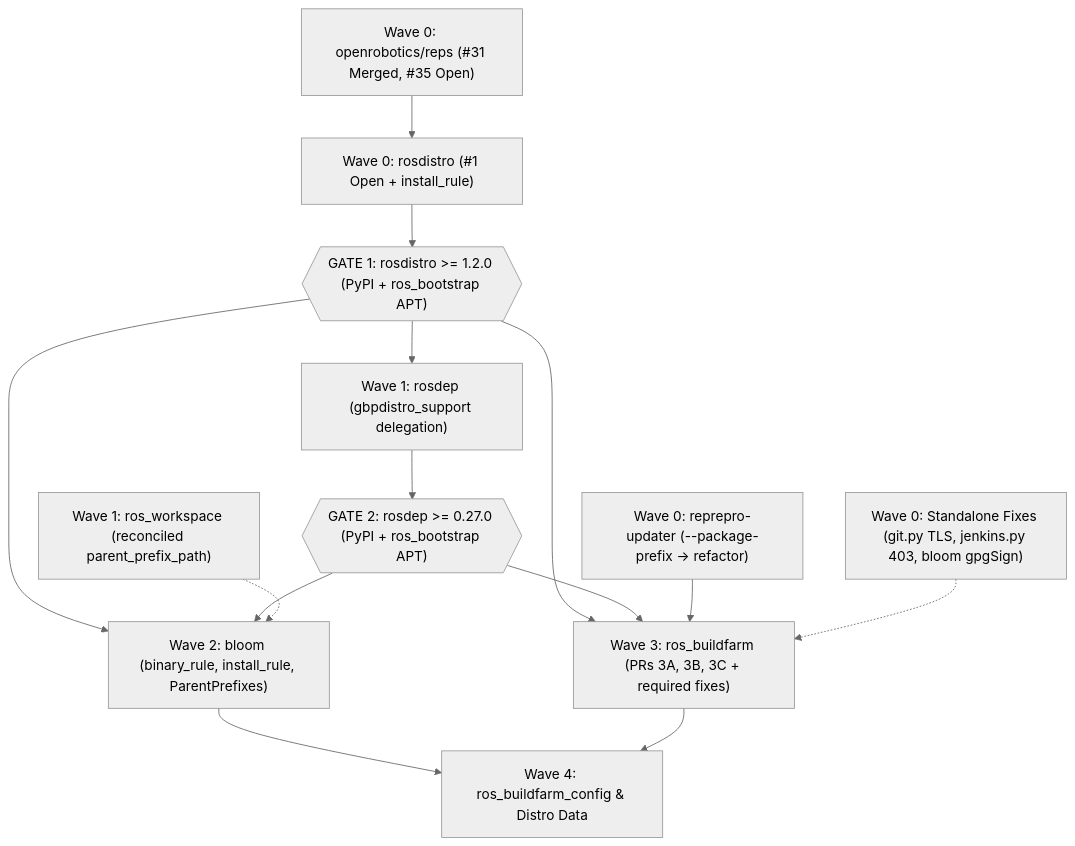
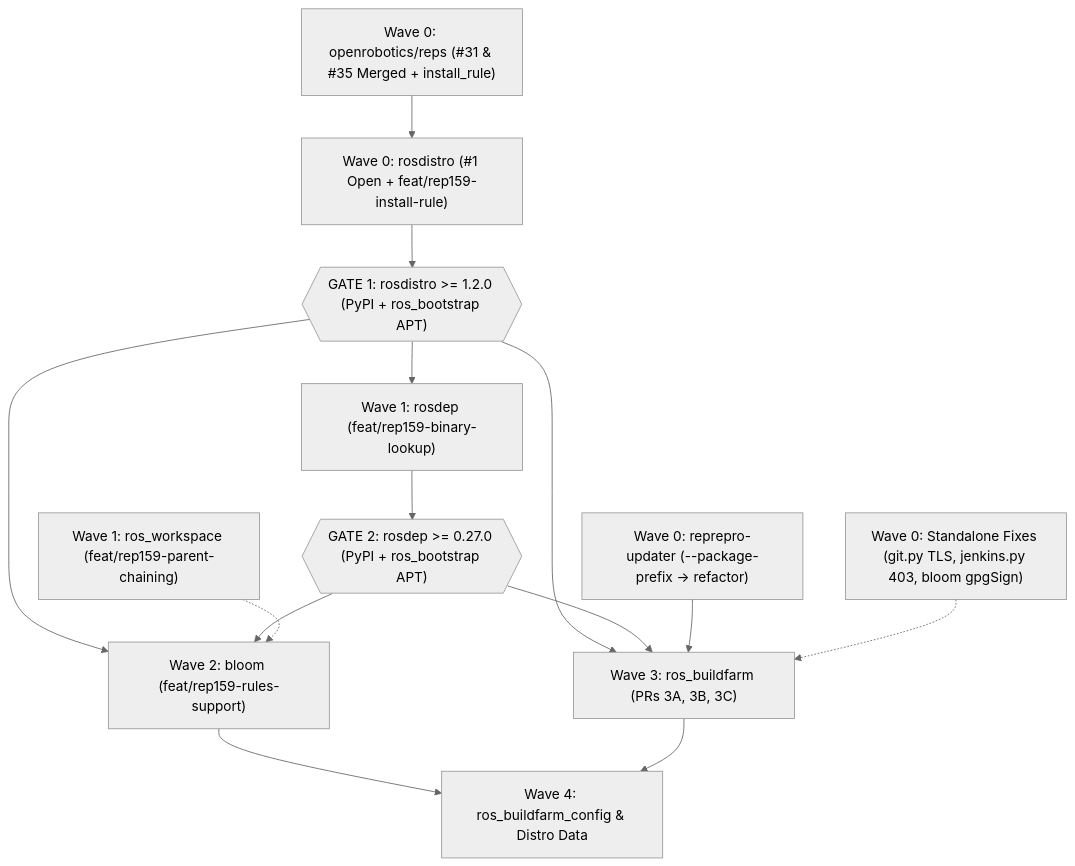
The diagram in STAGE_PR_AND_ISSUE_MAP.md (KmoM88/rep159-testing), drawn with Mermaid (neutral theme) before and after one commit. The commit also changed other lines of this file and 2 other files, not shown here.

Commit message:
Streamline Stage 4, Stage 5, and PR/Issue Map docs into concise tables and diagrams

````diff
--- a/STAGE_PR_AND_ISSUE_MAP.md
+++ b/STAGE_PR_AND_ISSUE_MAP.md
@@ -23,26 +9,26 @@
 ```mermaid
 flowchart TD
-    REPS["Wave 0: openrobotics/reps (#31 Merged, #35 Open)"]
+    REPS["Wave 0: openrobotics/reps (#31 & #35 Merged + install_rule)"]
     REPREPRO["Wave 0: reprepro-updater (--package-prefix -> refactor)"]
     UTIL["Wave 0: Standalone Fixes (git.py TLS, jenkins.py 403, bloom gpgSign)"]
-    ROSDISTRO["Wave 0: rosdistro (#1 Open + install_rule)"]
+    ROSDISTRO["Wave 0: rosdistro (#1 Open + feat/rep159-install-rule)"]
     G1{{"GATE 1: rosdistro >= 1.2.0 (PyPI + ros_bootstrap APT)"}}
-    ROSDEP["Wave 1: rosdep (gbpdistro_support delegation)"]
-    WORKSPACE["Wave 1: ros_workspace (reconciled parent_prefix_path)"]
+    ROSDEP["Wave 1: rosdep (feat/rep159-binary-lookup)"]
+    WORKSPACE["Wave 1: ros_workspace (feat/rep159-parent-chaining)"]
     G2{{"GATE 2: rosdep >= 0.27.0 (PyPI + ros_bootstrap APT)"}}
-    BLOOM["Wave 2: bloom (binary_rule, install_rule, ParentPrefixes)"]
-    BUILDFARM["Wave 3: ros_buildfarm (PRs 3A, 3B, 3C + required fixes)"]
+    BLOOM["Wave 2: bloom (feat/rep159-rules-support)"]
+    BUILDFARM["Wave 3: ros_buildfarm (PRs 3A, 3B, 3C)"]
     CONFIG["Wave 4: ros_buildfarm_config & Distro Data"]
 
     REPS --> ROSDISTRO --> G1
     G1 --> ROSDEP --> G2
     G1 --> BLOOM
     G2 --> BLOOM
     WORKSPACE -.-> BLOOM
     G1 --> BUILDFARM
     G2 --> BUILDFARM
     REPREPRO --> BUILDFARM
     UTIL -.-> BUILDFARM
     BLOOM --> CONFIG
     BUILDFARM --> CONFIG
 ```
````
